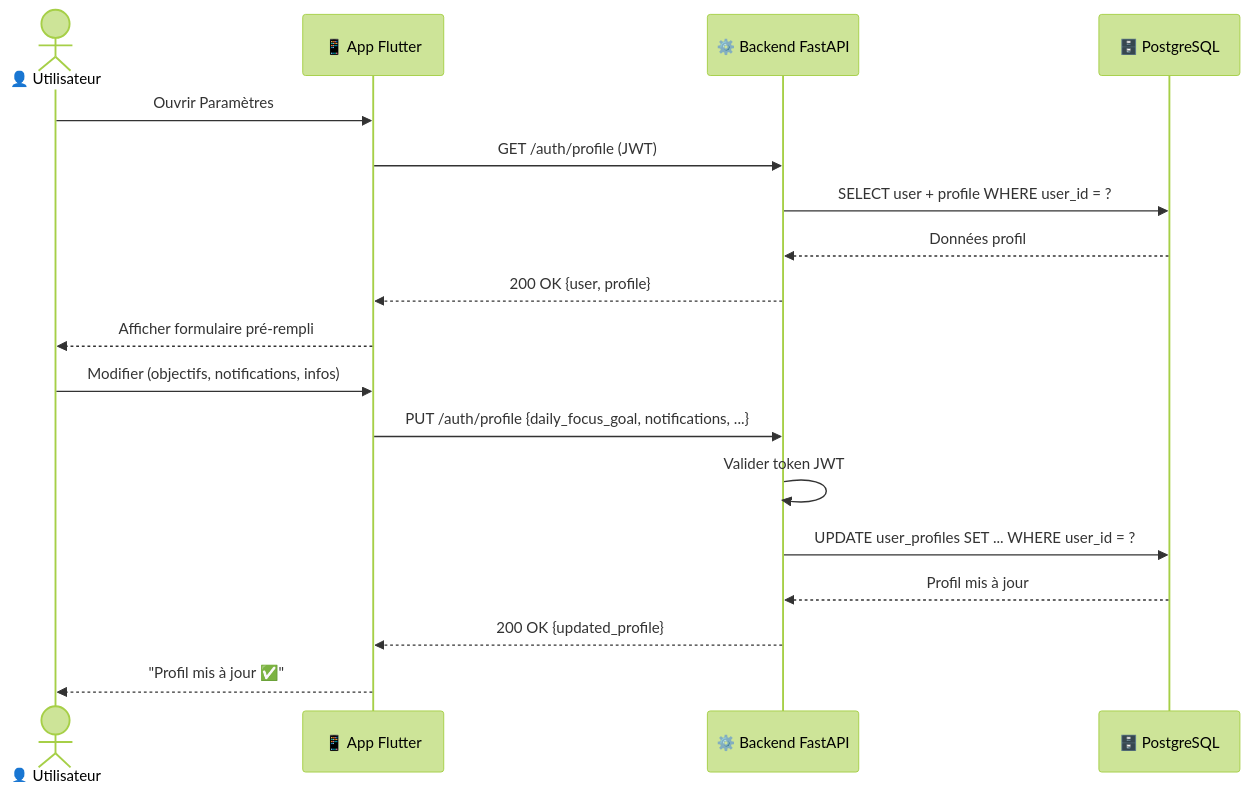
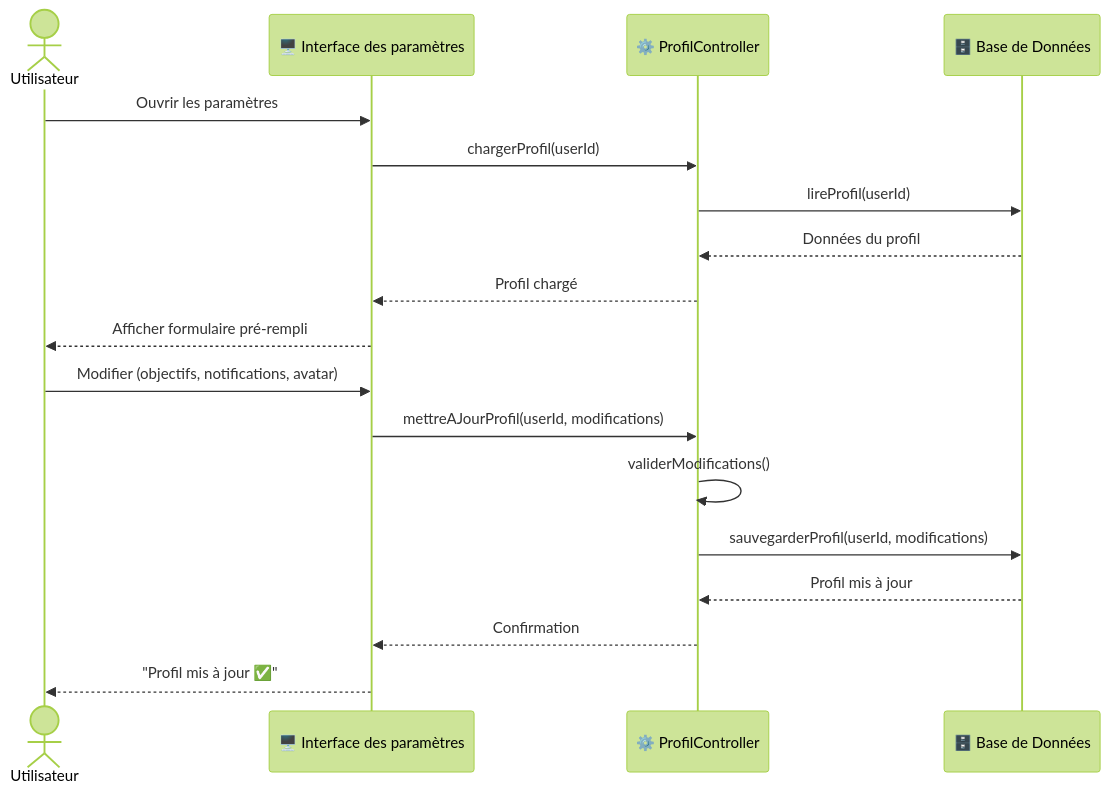
One commit to Jkacem/smart_focus changed the third of 16 diagrams in docs/Conception_DiagrammeSequence.md. Above: the diagram before and after it, drawn with Mermaid (forest theme). The commit also changed other lines of this file and 93 other files, not shown here.

````diff
--- a/docs/Conception_DiagrammeSequence.md
+++ b/docs/Conception_DiagrammeSequence.md
@@ -81,22 +79,22 @@
 ```mermaid
 sequenceDiagram
-    actor User as 👤 Utilisateur
-    participant App as 📱 App Flutter
-    participant API as ⚙️ Backend FastAPI
-    participant DB as 🗄️ PostgreSQL
+    actor Utilisateur
+    participant B as 🖥️ Interface des paramètres
+    participant C as ⚙️ ProfilController
+    participant E as 🗄️ Base de Données
 
-    User->>App: Ouvrir Paramètres
-    App->>API: GET /auth/profile (JWT)
-    API->>DB: SELECT user + profile WHERE user_id = ?
-    DB-->>API: Données profil
-    API-->>App: 200 OK {user, profile}
-    App-->>User: Afficher formulaire pré-rempli
-    
-    User->>App: Modifier (objectifs, notifications, infos)
-    App->>API: PUT /auth/profile {daily_focus_goal, notifications, ...}
-    API->>API: Valider token JWT
-    API->>DB: UPDATE user_profiles SET ... WHERE user_id = ?
-    DB-->>API: Profil mis à jour
-    API-->>App: 200 OK {updated_profile}
-    App-->>User: "Profil mis à jour ✅"
+    Utilisateur->>B: Ouvrir les paramètres
+    B->>C: chargerProfil(userId)
+    C->>E: lireProfil(userId)
+    E-->>C: Données du profil
+    C-->>B: Profil chargé
+    B-->>Utilisateur: Afficher formulaire pré-rempli
+
+    Utilisateur->>B: Modifier (objectifs, notifications, avatar)
+    B->>C: mettreAJourProfil(userId, modifications)
+    C->>C: validerModifications()
+    C->>E: sauvegarderProfil(userId, modifications)
+    E-->>C: Profil mis à jour
+    C-->>B: Confirmation
+    B-->>Utilisateur: "Profil mis à jour ✅"
 ```
````
